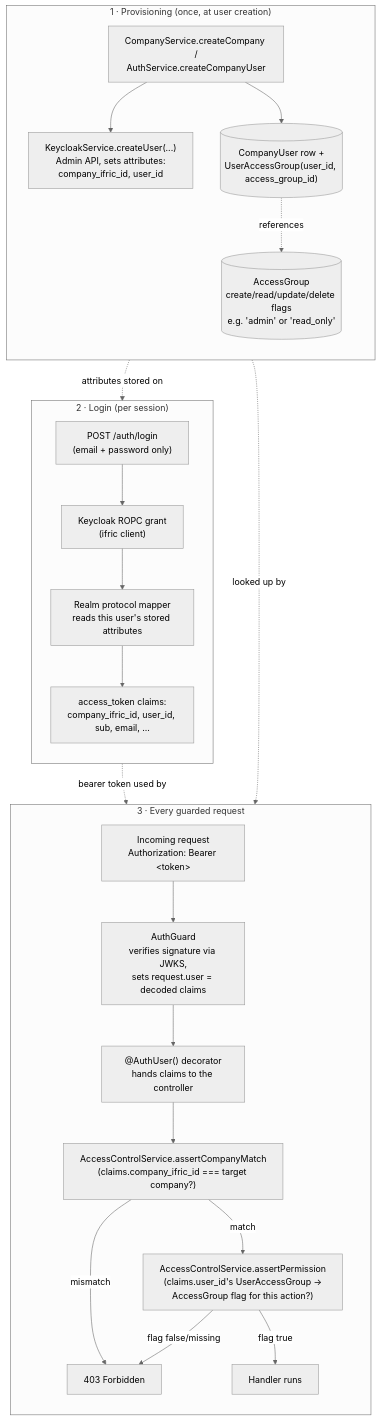
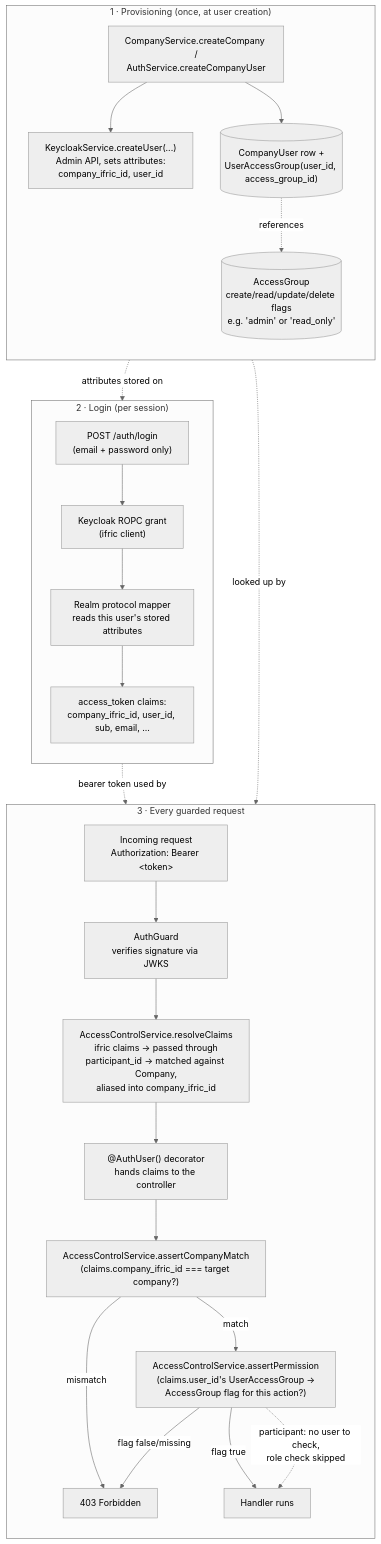
Before and after one commit to IndustryFusion/ifric-registry-service-oss: the diagram in docs/keycloak-setup.md, drawn with Mermaid (neutral theme). The commit also changed other lines of this file and 10 other files, not shown here.

````diff
--- a/docs/keycloak-setup.md
+++ b/docs/keycloak-setup.md
@@ -96,43 +172,45 @@
 ```mermaid
 flowchart TB
     subgraph P["1 · Provisioning (once, at user creation)"]
         direction TB
         CU["CompanyService.createCompany /<br/>AuthService.createCompanyUser"]
         KC1["KeycloakService.createUser(...)<br/>Admin API, sets attributes:<br/>company_ifric_id, user_id"]
         DB1[("CompanyUser row +<br/>UserAccessGroup(user_id, access_group_id)")]
         AG[("AccessGroup<br/>create/read/update/delete flags<br/>e.g. 'admin' or 'read_only'")]
         CU --> KC1
         CU --> DB1
         DB1 -. references .-> AG
     end
 
     subgraph L["2 · Login (per session)"]
         direction TB
         LI["POST /auth/login<br/>(email + password only)"]
         ROPC["Keycloak ROPC grant<br/>(ifric client)"]
         PM["Realm protocol mapper<br/>reads this user's stored attributes"]
         TOK["access_token claims:<br/>company_ifric_id, user_id, sub, email, ..."]
         LI --> ROPC --> PM --> TOK
     end
 
     subgraph R["3 · Every guarded request"]
         direction TB
         REQ["Incoming request<br/>Authorization: Bearer &lt;token&gt;"]
-        AG1["AuthGuard<br/>verifies signature via JWKS,<br/>sets request.user = decoded claims"]
+        AG1["AuthGuard<br/>verifies signature via JWKS"]
+        NRM["AccessControlService.resolveClaims<br/>ifric claims → passed through<br/>participant_id → matched against Company,<br/>aliased into company_ifric_id"]
         DEC["@AuthUser() decorator<br/>hands claims to the controller"]
         ACM["AccessControlService.assertCompanyMatch<br/>(claims.company_ifric_id === target company?)"]
         APM["AccessControlService.assertPermission<br/>(claims.user_id's UserAccessGroup →<br/>AccessGroup flag for this action?)"]
         ALLOW["Handler runs"]
         DENY["403 Forbidden"]
 
-        REQ --> AG1 --> DEC --> ACM
+        REQ --> AG1 --> NRM --> DEC --> ACM
         ACM -- match --> APM
         ACM -- mismatch --> DENY
         APM -- flag true --> ALLOW
         APM -- flag false/missing --> DENY
+        APM -. participant: no user to check,<br/>role check skipped .-> ALLOW
     end
 
     KC1 -. attributes stored on .-> ROPC
     TOK -. bearer token used by .-> REQ
     DB1 -. looked up by .-> APM
 ```
````
